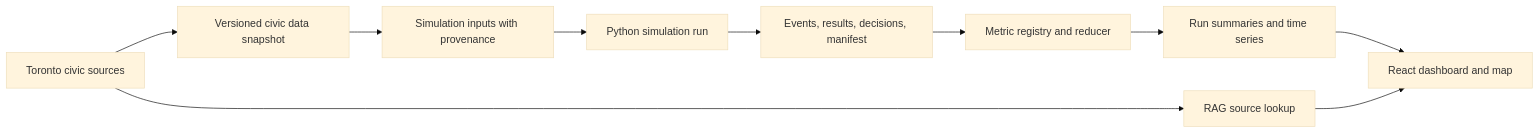
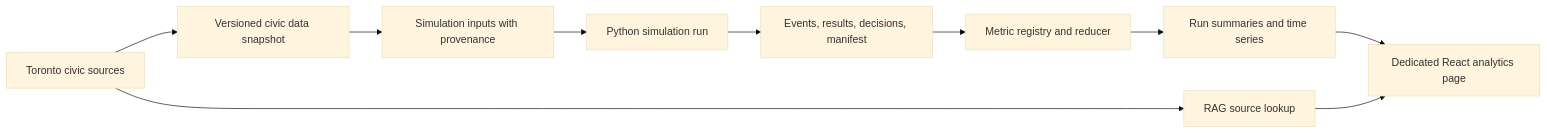
The diagram in docs/dashboard-implementation-plan.md (MisplacedOrange/thesims-6ix), drawn with Mermaid (base theme) before and after one commit. The commit also changed other lines of this file and 28 other files, not shown here.

````diff
--- a/docs/dashboard-implementation-plan.md
+++ b/docs/dashboard-implementation-plan.md
@@ -19,12 +19,12 @@
 ```mermaid
 flowchart LR
     A[Toronto civic sources] --> B[Versioned civic data snapshot]
     B --> C[Simulation inputs with provenance]
     C --> D[Python simulation run]
     D --> E[Events, results, decisions, manifest]
     E --> F[Metric registry and reducer]
     F --> G[Run summaries and time series]
-    G --> H[React dashboard and map]
+    G --> H[Dedicated React analytics page]
     A --> I[RAG source lookup]
     I --> H
 ```
````
